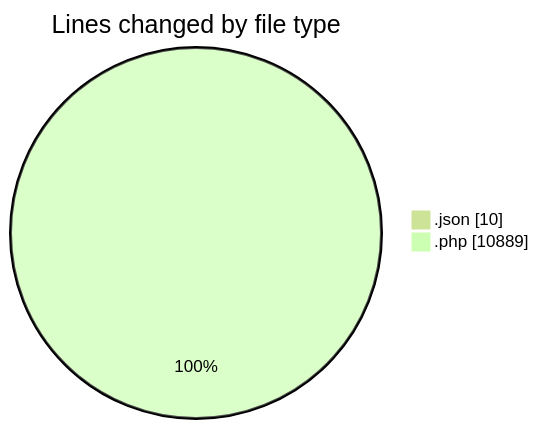
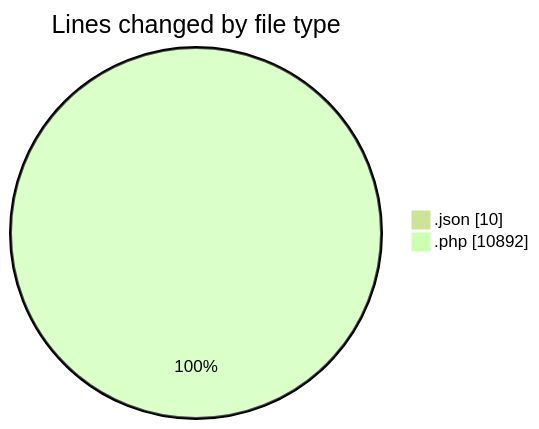
Before and after one commit to debugP/code-tracking: the first of 2 diagrams in 2025-10-16/untitled__workspace_/README.md, drawn with Mermaid (forest theme). The commit also changed other lines of this file and 1 other file, not shown here.

````diff
--- a/2025-10-16/untitled__workspace_/README.md
+++ b/2025-10-16/untitled__workspace_/README.md
@@ -23,6 +23,6 @@
 ```mermaid
 pie showData
 title Lines changed by file type
 ".json" : 10
-".php" : 10889
+".php" : 10892
 ```
````
